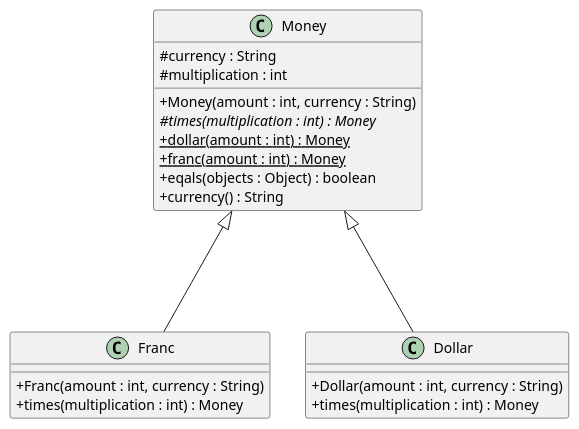
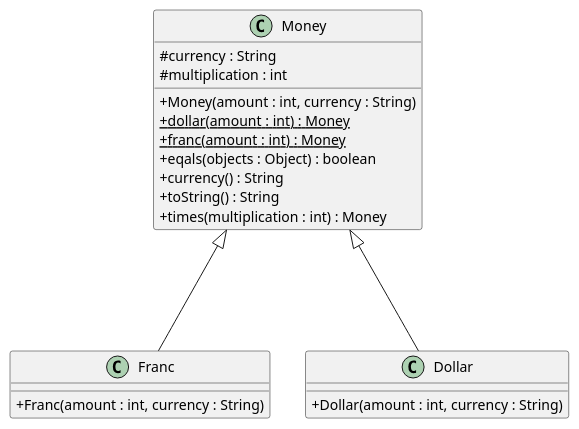
One commit to NOHYC/TDD_project changed the diagram in ClassDiagram.puml. Above: the diagram before and after it, drawn with PlantUML. The commit also changed 9 other files, not shown here.

Commit message:
chapter 10 : times 메서드를 상위 클래스로 올린다. 1. 다른 클래스 동일성 비교 테스트 코드 작성 2. equals 메서드 변경(currency 비교) 3. 테스트 코드에서 상위 클래스 객체 선언 에러로 상위 클래스 abstract 제거 3. times 메서드 반환을 Money 변경 4. 동일한 구현은 상위 클래스로 올린다. 5. 테스트 성공

```diff
--- a/ClassDiagram.puml
+++ b/ClassDiagram.puml
@@ -1,32 +1,32 @@
 @startuml
 'https://plantuml.com/class-diagram
 skinparam classAttributeIconSize 0
-/' 9장
+/' 10장
 '/
-abstract class Money
+class Money
 class Franc
 class Dollar
 
 Money <|--- Franc
 Money <|--- Dollar
 
 class Money{
  #currency : String
  #multiplication : int
  +Money(amount : int, currency : String)
- #times(multiplication : int) : {abstract} Money
  +dollar(amount : int) : {static} Money
  +franc(amount : int) : {static} Money
  +eqals(objects : Object) : boolean
  +currency() : String
+ +toString() : String
+ +times(multiplication : int) : Money
 }
 class Dollar{
  +Dollar(amount : int, currency : String)
- +times(multiplication : int) : Money
 }
 class Franc{
  +Franc(amount : int, currency : String)
- +times(multiplication : int) : Money
+
 }
 
 @enduml
```
